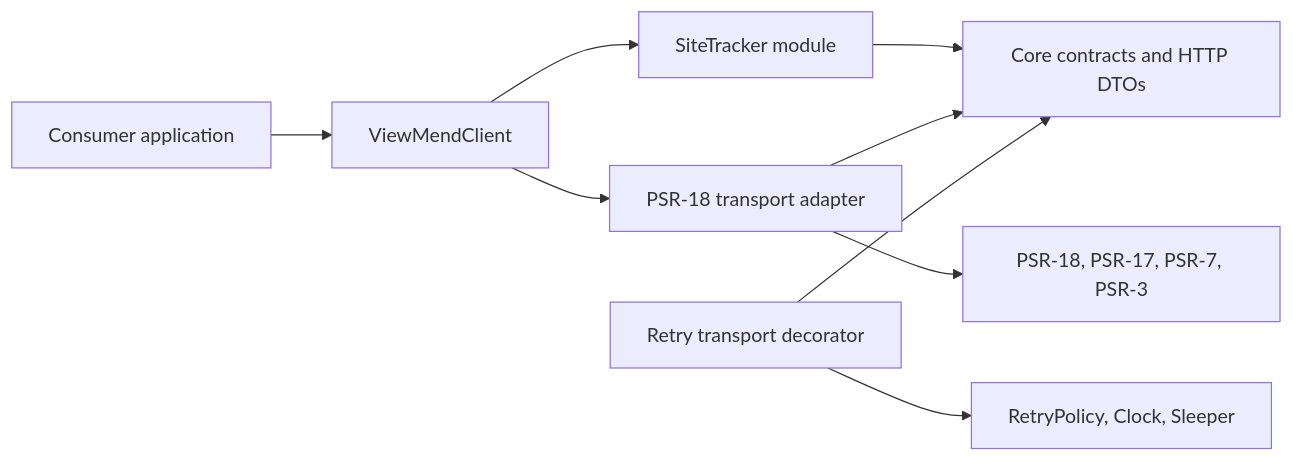
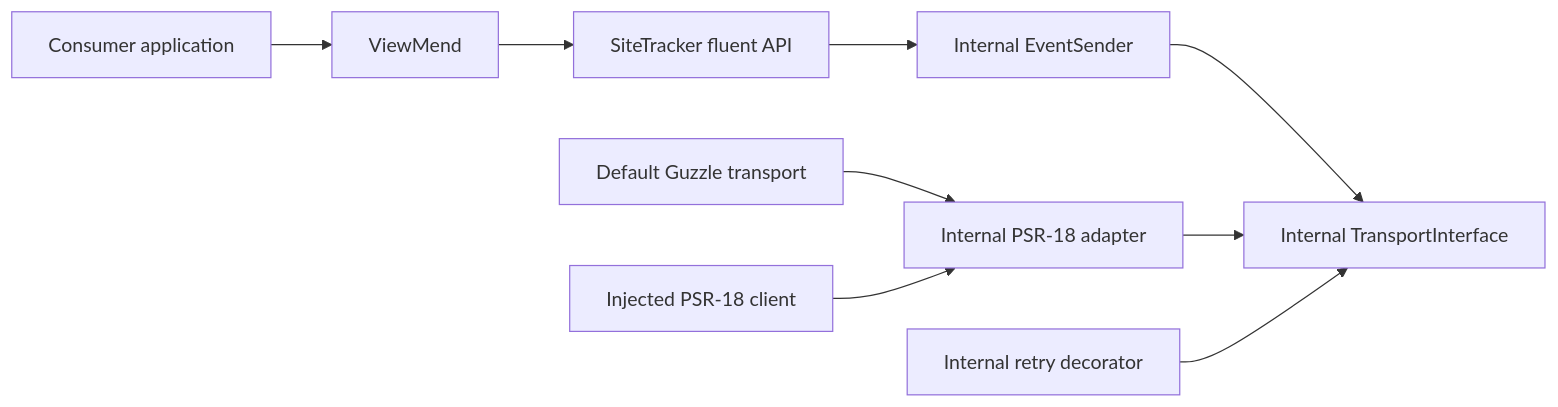
One commit to phpner/viewmend-php changed the diagram in docs/architecture.md. Above: the diagram before and after it, drawn with Mermaid. The commit also changed other lines of this file and 97 other files, not shown here.

Commit message:
feat: simplify public SDK client API

````diff
--- a/docs/architecture.md
+++ b/docs/architecture.md
@@ -21,11 +37,11 @@
 ```mermaid
 flowchart LR
-    App["Consumer application"] --> Facade["ViewMendClient"]
-    Facade --> SiteTracker["SiteTracker module"]
-    SiteTracker --> Contracts["Core contracts and HTTP DTOs"]
-    Infrastructure["PSR-18 transport adapter"] --> Contracts
-    Infrastructure --> PSR["PSR-18, PSR-17, PSR-7, PSR-3"]
-    Retry["Retry transport decorator"] --> Contracts
-    Retry --> Policy["RetryPolicy, Clock, Sleeper"]
-    Facade --> Infrastructure
+    App["Consumer application"] --> Entry["ViewMend"]
+    Entry --> Tracker["SiteTracker fluent API"]
+    Tracker --> Sender["Internal EventSender"]
+    Sender --> Contract["Internal TransportInterface"]
+    Guzzle["Default Guzzle transport"] --> Adapter["Internal PSR-18 adapter"]
+    Custom["Injected PSR-18 client"] --> Adapter
+    Adapter --> Contract
+    Retry["Internal retry decorator"] --> Contract
 ```
````
